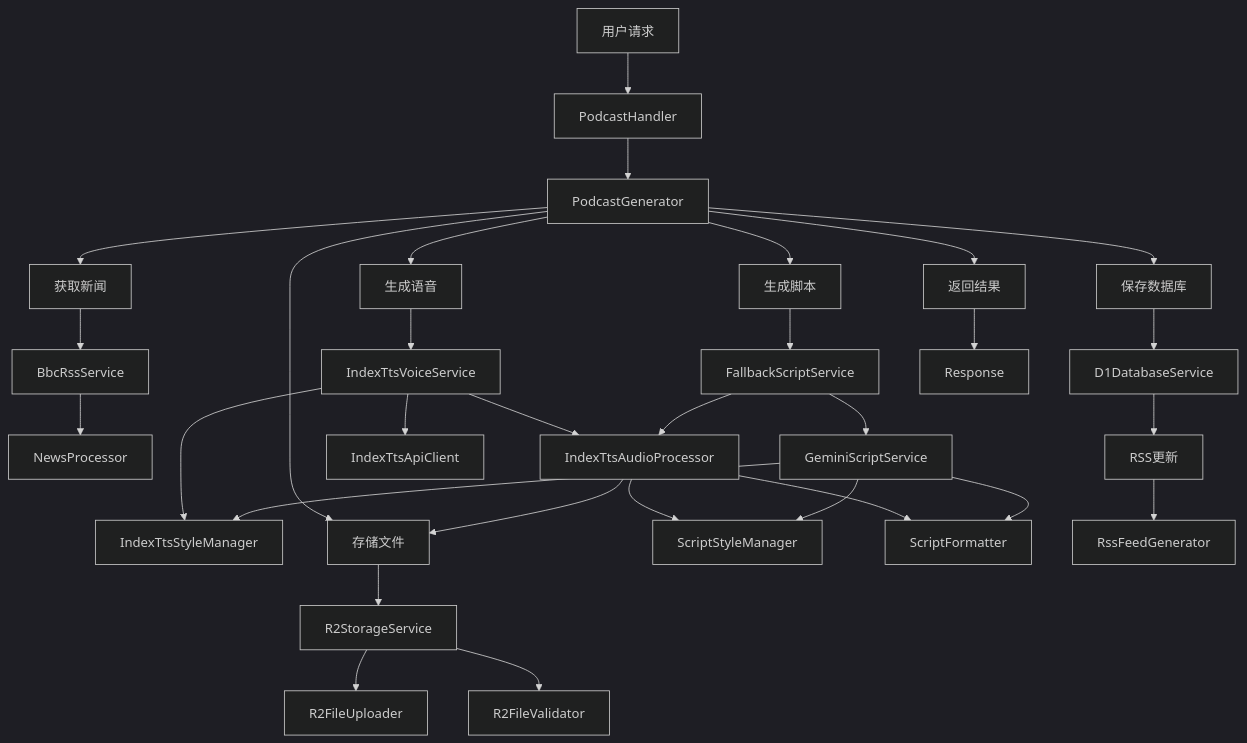
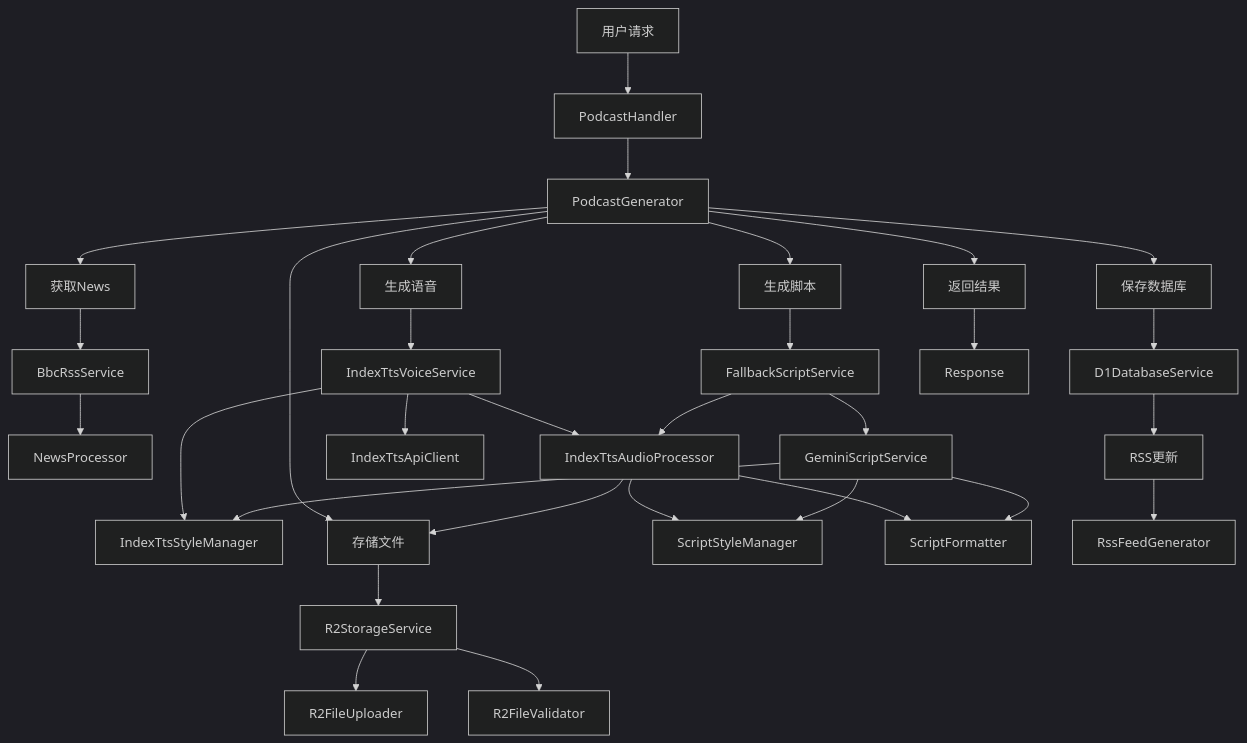
One commit to cnmzsjbz199328/podcast-rss-demo changed the first of 3 diagrams in ARCHITECTURE.md. Above: the diagram before and after it, drawn with Mermaid (dark theme). The commit also changed other lines of this file and 60 other files, not shown here.

````diff
--- a/ARCHITECTURE.md
+++ b/ARCHITECTURE.md
@@ -38,40 +38,40 @@
 ```mermaid
 graph TD
     A[用户请求] --> B[PodcastHandler]
     B --> C[PodcastGenerator]
 
-    C --> D[获取新闻]
+    C --> D[获取News]
     D --> E[BbcRssService]
     E --> F[NewsProcessor]
 
     C --> G[生成脚本]
     G --> H[FallbackScriptService]
     H --> I[GeminiScriptService]
     H --> O[CohereScriptService]
     I --> P[GeminiApiClient]
     O --> Q[CohereApiClient]
     I --> J[ScriptStyleManager]
     I --> K[ScriptFormatter]
     O --> J
     O --> K
 
     C --> L[生成语音]
     L --> M[IndexTtsVoiceService]
     M --> N[IndexTtsApiClient]
     M --> O[IndexTtsAudioProcessor]
     M --> P[IndexTtsStyleManager]
 
     C --> Q[存储文件]
     Q --> R[R2StorageService]
     R --> S[R2FileUploader]
     R --> T[R2FileValidator]
 
     C --> U[保存数据库]
     U --> V[D1DatabaseService]
 
     V --> W[RSS更新]
     W --> X[RssFeedGenerator]
 
     C --> Y[返回结果]
     Y --> Z[Response]
 ```
````
